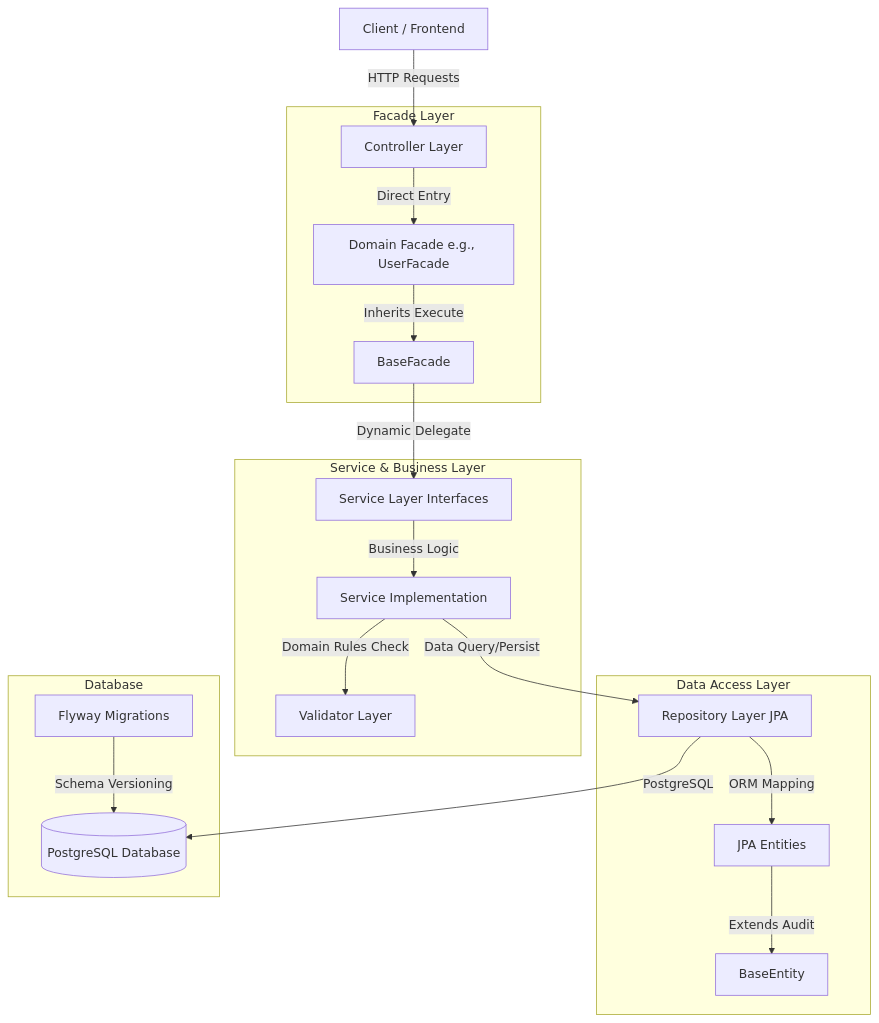
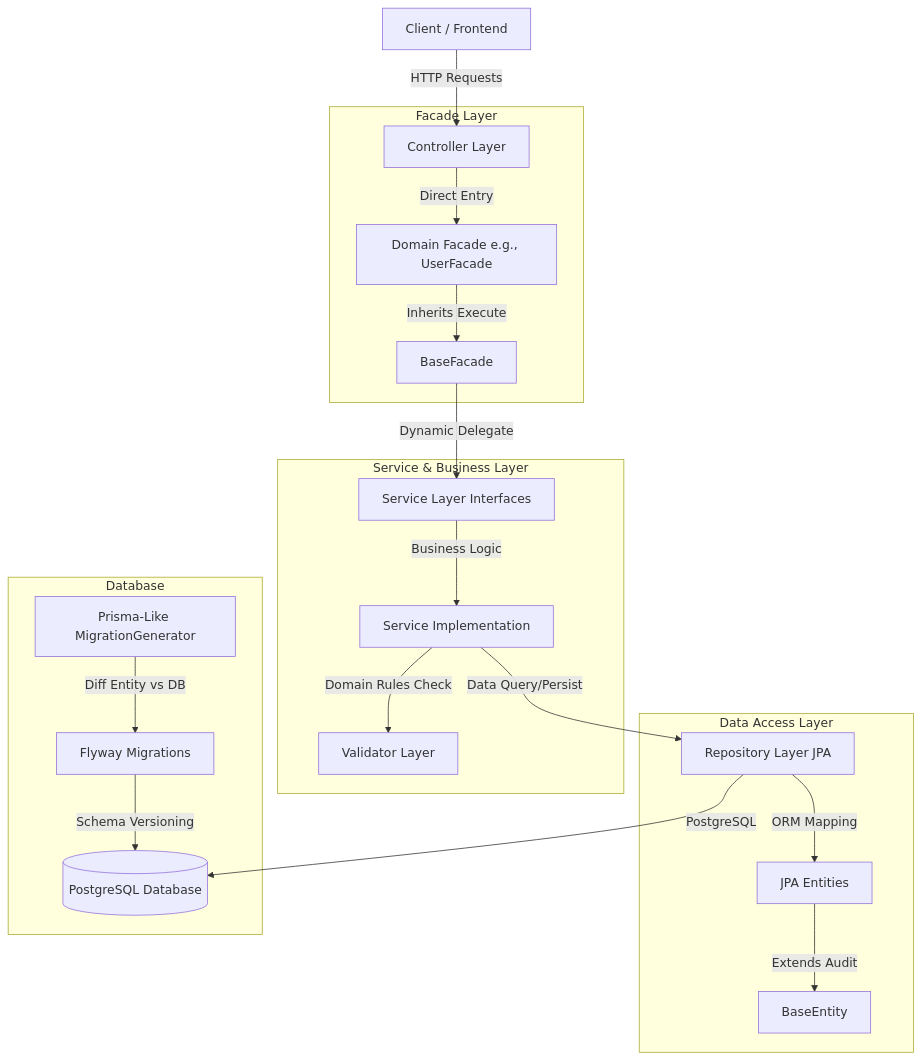
The diagram in ARCHITECTURE.md (Khoi-Nghiep-HK253/backend), drawn with Mermaid before and after one commit. The commit also changed other lines of this file and 34 other files, not shown here.

````diff
--- a/ARCHITECTURE.md
+++ b/ARCHITECTURE.md
@@ -11,26 +11,27 @@
 ```mermaid
 graph TD
     Client[Client / Frontend] -->|HTTP Requests| Controllers[Controller Layer]
     
     subgraph Facade Layer
         Controllers -->|Direct Entry| DomainFacade[Domain Facade e.g., UserFacade]
         DomainFacade -->|Inherits Execute| BaseFacade[BaseFacade]
     end
     
     subgraph Service & Business Layer
         BaseFacade -->|Dynamic Delegate| Services[Service Layer Interfaces]
         Services -->|Business Logic| ServiceImpls[Service Implementation]
         ServiceImpls -->|Domain Rules Check| Validators[Validator Layer]
     end
     
     subgraph Data Access Layer
         ServiceImpls -->|Data Query/Persist| Repositories[Repository Layer JPA]
         Repositories -->|ORM Mapping| Entities[JPA Entities]
         Entities -->|Extends Audit| BaseEntity[BaseEntity]
     end
 
     subgraph Database
         Repositories -->|PostgreSQL| DB[(PostgreSQL Database)]
         Flyway[Flyway Migrations] -->|Schema Versioning| DB
+        MigrationGen[Prisma-Like MigrationGenerator] -->|Diff Entity vs DB| Flyway
     end
 ```
````
